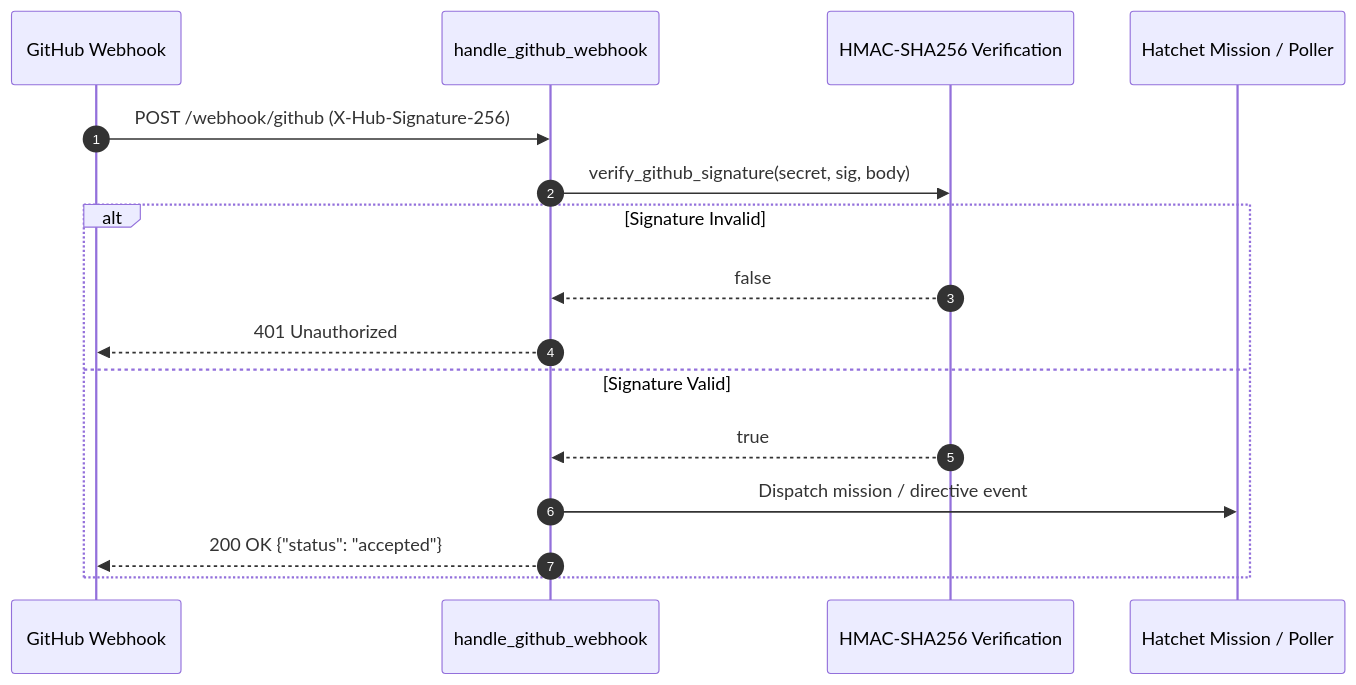
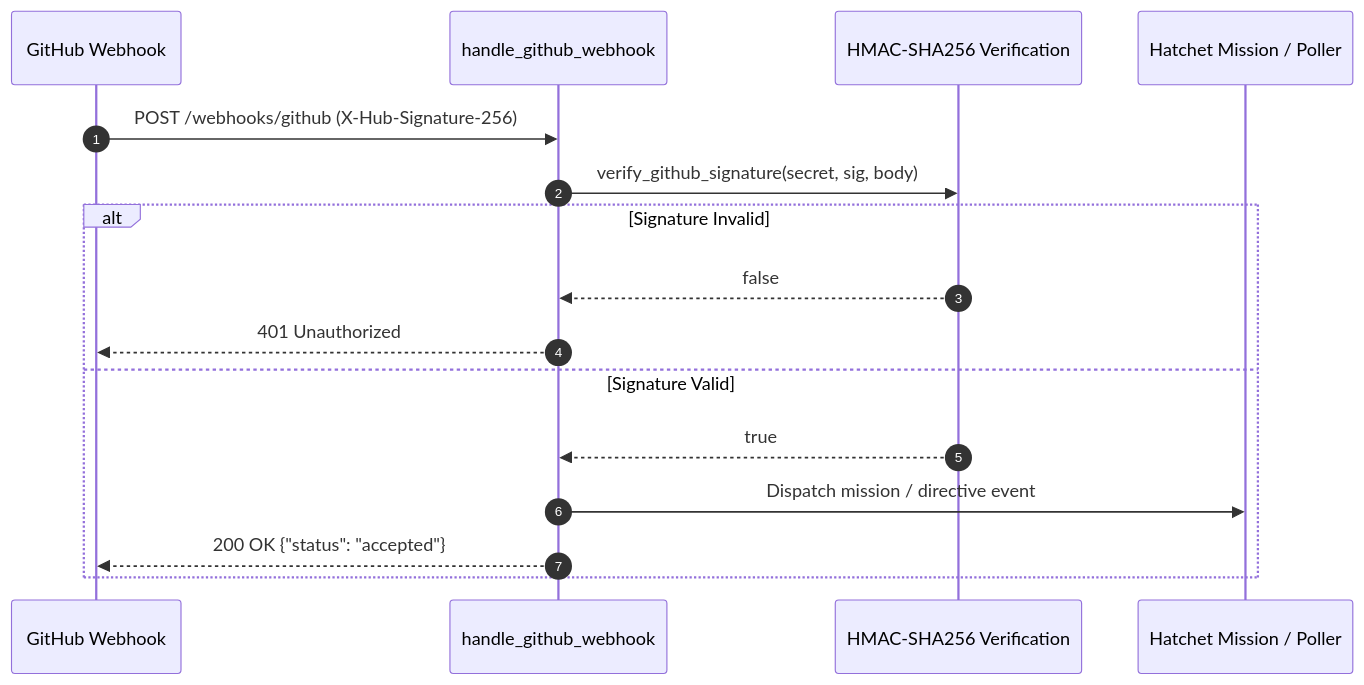
One commit to lgcorzo/rust_CACD_autonomous_factory changed the diagram in wiki/modules/mcp_server/github_webhook.md. Above: the diagram before and after it, drawn with Mermaid. The commit also changed other lines of this file and 77 other files, not shown here.

````diff
--- a/wiki/modules/mcp_server/github_webhook.md
+++ b/wiki/modules/mcp_server/github_webhook.md
@@ -26,19 +28,19 @@
 ```mermaid
 sequenceDiagram
     autonumber
     participant GH as GitHub Webhook
     participant Route as handle_github_webhook
     participant HMAC as HMAC-SHA256 Verification
     participant DAG as Hatchet Mission / Poller
 
-    GH->>Route: POST /webhook/github (X-Hub-Signature-256)
+    GH->>Route: POST /webhooks/github (X-Hub-Signature-256)
     Route->>HMAC: verify_github_signature(secret, sig, body)
     alt Signature Invalid
         HMAC-->>Route: false
         Route-->>GH: 401 Unauthorized
     else Signature Valid
         HMAC-->>Route: true
         Route->>DAG: Dispatch mission / directive event
         Route-->>GH: 200 OK {"status": "accepted"}
     end
 ```
````
